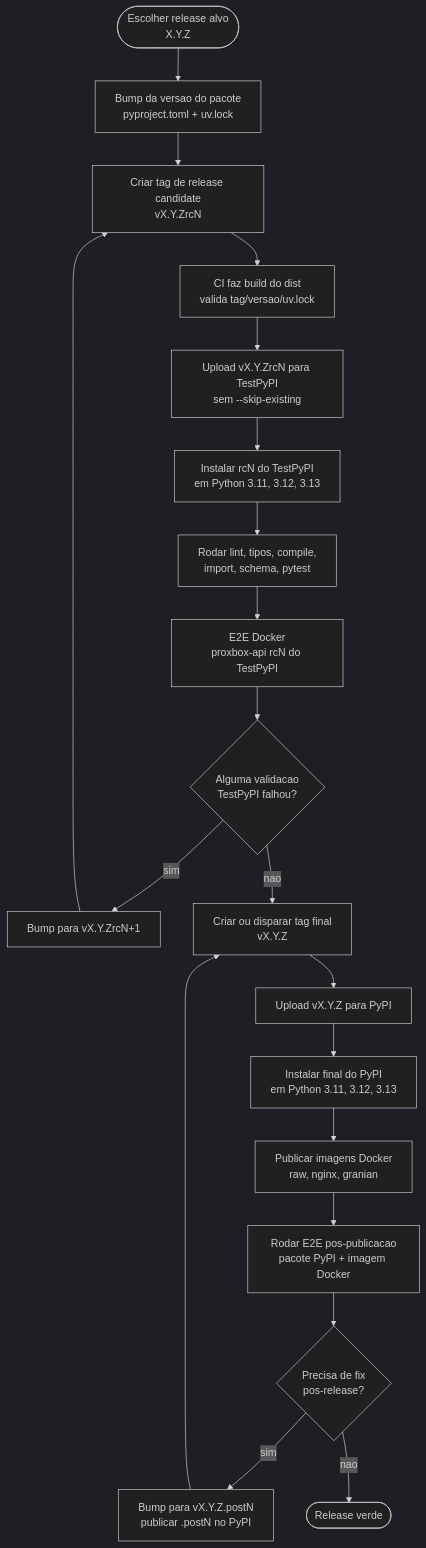
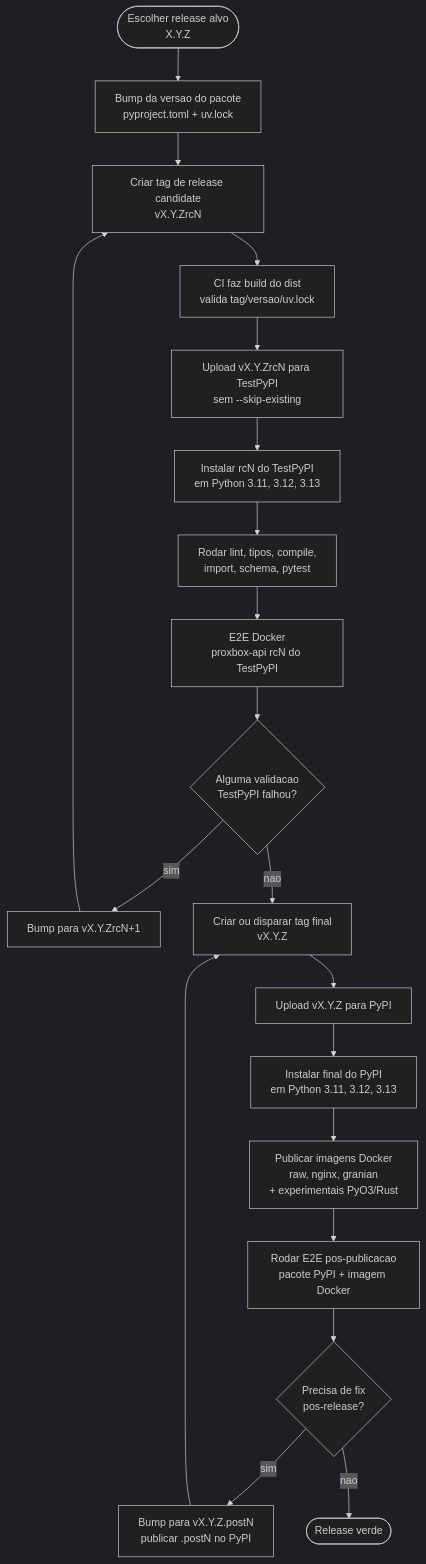
The first of 2 diagrams in docs/pt-BR/development/release-publishing.md (emersonfelipesp/proxbox-api), drawn with Mermaid (dark theme) before and after one commit. The commit also changed other lines of this file and 11 other files, not shown here.

Commit message:
Publish experimental PyO3 Rust Docker images

````diff
--- a/docs/pt-BR/development/release-publishing.md
+++ b/docs/pt-BR/development/release-publishing.md
@@ -13,27 +13,27 @@
 ```mermaid
 flowchart TD
     Start([Escolher release alvo\nX.Y.Z])
     Bump[Bump da versao do pacote\npyproject.toml + uv.lock]
     RCTag[Criar tag de release candidate\nvX.Y.ZrcN]
     RCCI[CI faz build do dist\nvalida tag/versao/uv.lock]
     RCUpload[Upload vX.Y.ZrcN para TestPyPI\nsem --skip-existing]
     RCValidate[Instalar rcN do TestPyPI\nem Python 3.11, 3.12, 3.13]
     RCChecks[Rodar lint, tipos, compile,\nimport, schema, pytest]
     RCE2E[E2E Docker\nproxbox-api rcN do TestPyPI]
     RCFailed{Alguma validacao\nTestPyPI falhou?}
     NextRC[Bump para vX.Y.ZrcN+1]
     FinalTag[Criar ou disparar tag final\nvX.Y.Z]
     FinalUpload[Upload vX.Y.Z para PyPI]
     FinalValidate[Instalar final do PyPI\nem Python 3.11, 3.12, 3.13]
-    Docker[Publicar imagens Docker\nraw, nginx, granian]
+    Docker[Publicar imagens Docker\nraw, nginx, granian\n+ experimentais PyO3/Rust]
     FinalE2E[Rodar E2E pos-publicacao\npacote PyPI + imagem Docker]
     FinalFailed{Precisa de fix\npos-release?}
     Post[Bump para vX.Y.Z.postN\npublicar .postN no PyPI]
     Done([Release verde])
 
     Start --> Bump --> RCTag --> RCCI --> RCUpload --> RCValidate --> RCChecks --> RCE2E --> RCFailed
     RCFailed -- sim --> NextRC --> RCTag
     RCFailed -- nao --> FinalTag --> FinalUpload --> FinalValidate --> Docker --> FinalE2E --> FinalFailed
     FinalFailed -- sim --> Post --> FinalTag
     FinalFailed -- nao --> Done
 ```
````
